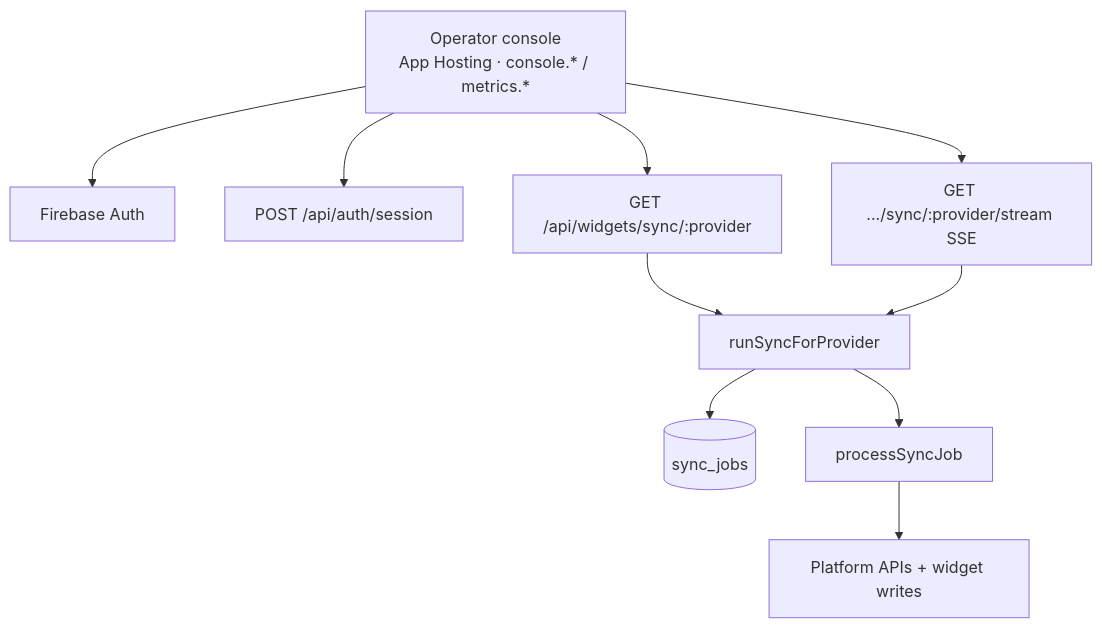
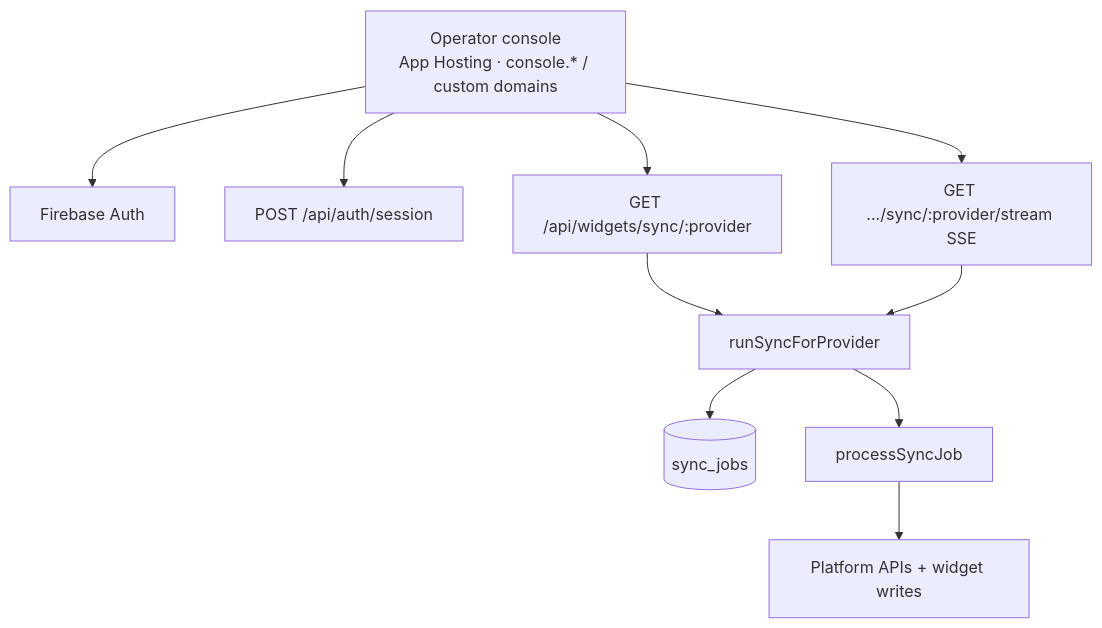
The fifth of 5 diagrams in README.md (chrisvogt/metrics), drawn with Mermaid before and after one commit. The commit also changed other lines of this file and 10 other files, not shown here.

````diff
--- a/README.md
+++ b/README.md
@@ -143,12 +143,12 @@
 ```mermaid
 flowchart TB
-  admin[Operator console<br/>App Hosting · console.* / metrics.*] --> auth[Firebase Auth]
+  admin[Operator console<br/>App Hosting · console.* / custom domains] --> auth[Firebase Auth]
   admin --> sess[POST /api/auth/session]
   admin --> sync[GET /api/widgets/sync/:provider]
   admin --> stream[GET .../sync/:provider/stream SSE]
   sync --> fn[runSyncForProvider]
   stream --> fn
   fn --> q[(sync_jobs)]
   fn --> job[processSyncJob]
   job --> out[Platform APIs + widget writes]
 ```
````
